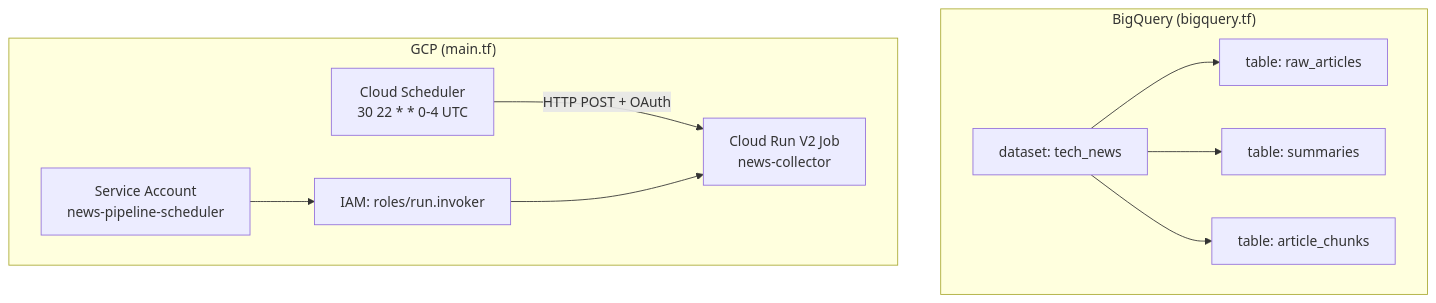
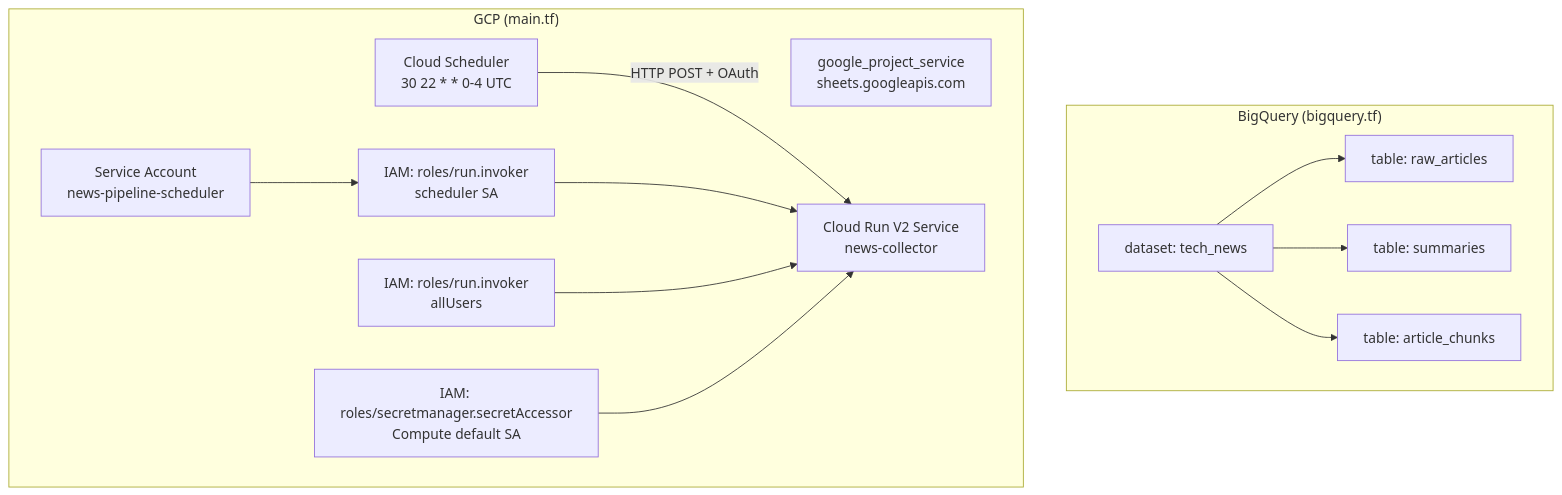
Before and after one commit to mishi5/data-platform-handson: the fifth of 6 diagrams in docs/news-pipeline-architecture.md, drawn with Mermaid. The commit also changed other lines of this file and 9 other files, not shown here.

````diff
--- a/docs/news-pipeline-architecture.md
+++ b/docs/news-pipeline-architecture.md
@@ -147,19 +162,24 @@
 ```mermaid
 graph TD
     subgraph bq["BigQuery (bigquery.tf)"]
         DS[dataset: tech_news]
         T1[table: raw_articles]
         T2[table: summaries]
         T3[table: article_chunks]
         DS --> T1 & T2 & T3
     end
 
     subgraph gcp["GCP (main.tf)"]
-        JOB[Cloud Run V2 Job<br/>news-collector]
+        API[google_project_service<br/>sheets.googleapis.com]
+        SVC[Cloud Run V2 Service<br/>news-collector]
         SCH[Cloud Scheduler<br/>30 22 * * 0-4 UTC]
         SA[Service Account<br/>news-pipeline-scheduler]
-        IAM[IAM: roles/run.invoker]
-        SCH -->|HTTP POST + OAuth| JOB
-        SA --> IAM --> JOB
+        IAM1[IAM: roles/run.invoker<br/>scheduler SA]
+        IAM2[IAM: roles/run.invoker<br/>allUsers]
+        IAM3[IAM: roles/secretmanager.secretAccessor<br/>Compute default SA]
+        SCH -->|HTTP POST + OAuth| SVC
+        SA --> IAM1 --> SVC
+        IAM2 --> SVC
+        IAM3 --> SVC
     end
 ```
````
